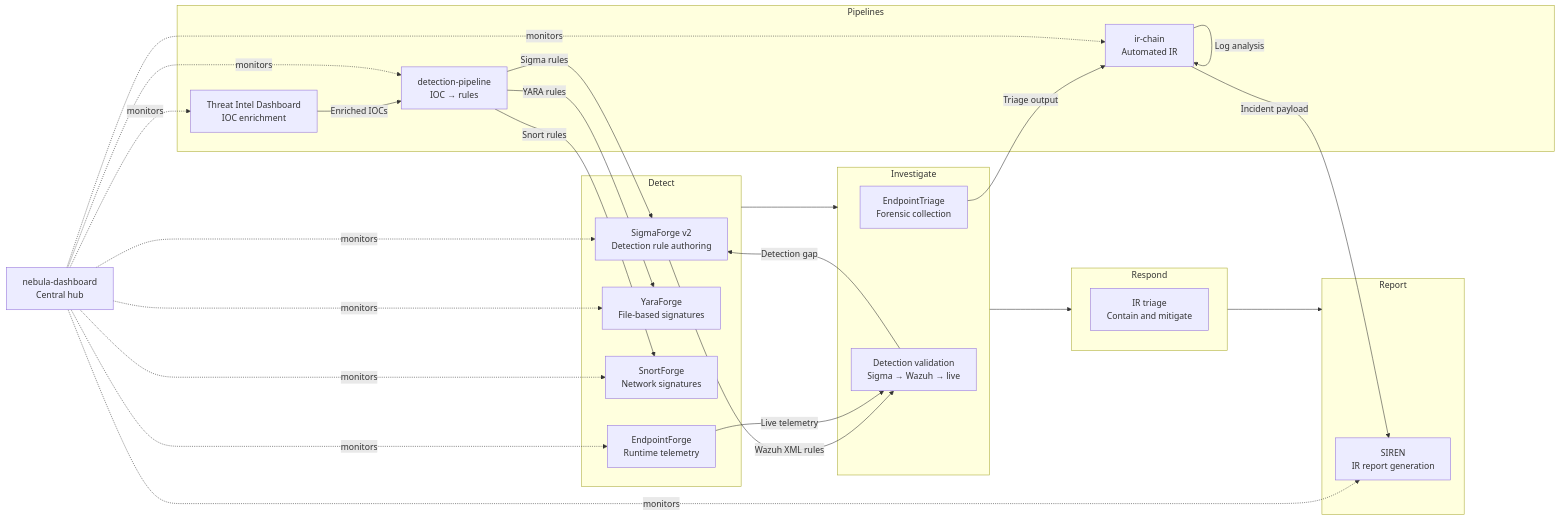
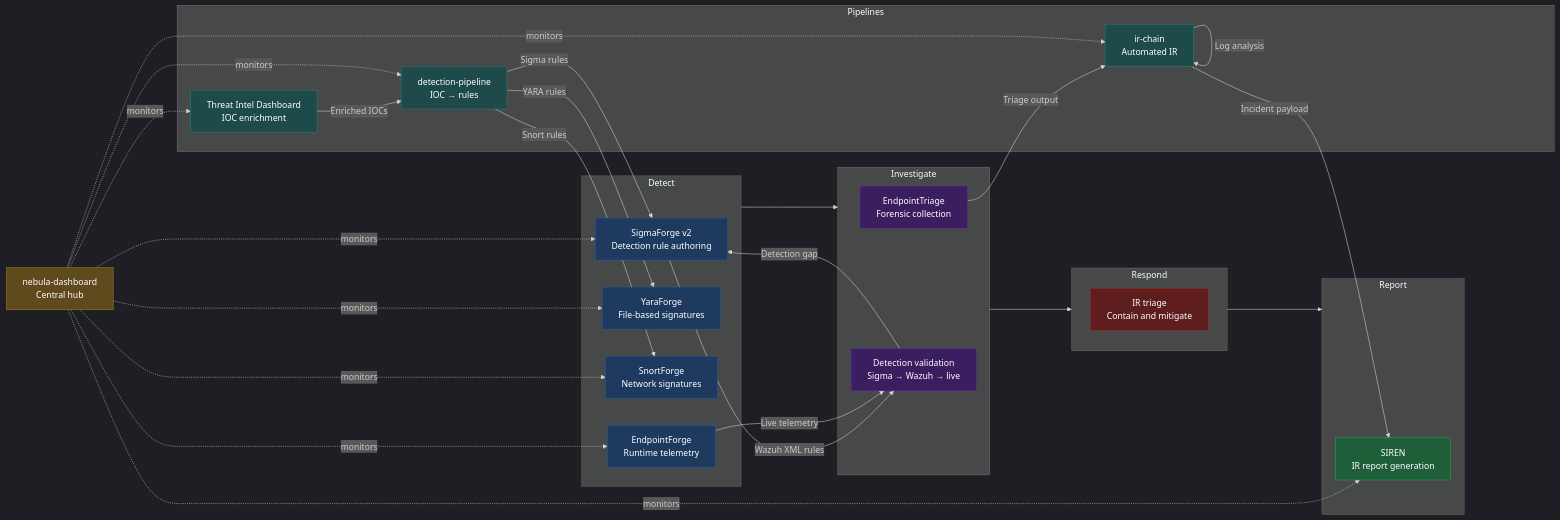
Before and after one commit to Rootless-Ghost/Nebula-Forge: the diagram in README.md, drawn with Mermaid.

````diff
--- a/README.md
+++ b/README.md
@@ -17,54 +17,69 @@
 ```mermaid
+%%{init: {'theme': 'dark'}}%%
 flowchart LR
     subgraph Detect
         SF[SigmaForge v2\nDetection rule authoring]
         YF[YaraForge\nFile-based signatures]
         SNF[SnortForge\nNetwork signatures]
         EF[EndpointForge\nRuntime telemetry]
     end
 
     subgraph Investigate
         ET[EndpointTriage\nForensic collection]
         DV[Detection validation\nSigma → Wazuh → live]
     end
 
     subgraph Respond
         IR[IR triage\nContain and mitigate]
     end
 
     subgraph Report
         SR[SIREN\nIR report generation]
     end
 
     subgraph Pipelines
         TI[Threat Intel Dashboard\nIOC enrichment]
         DP[detection-pipeline\nIOC → rules]
         IC[ir-chain\nAutomated IR]
     end
 
     ND[nebula-dashboard\nCentral hub]
 
     Detect --> Investigate --> Respond --> Report
 
     SF -->|Wazuh XML rules| DV
     EF -->|Live telemetry| DV
     DV -->|Detection gap| SF
 
     TI -->|Enriched IOCs| DP
     DP -->|Sigma rules| SF
     DP -->|YARA rules| YF
     DP -->|Snort rules| SNF
 
     ET -->|Triage output| IC
     IC -->|Log analysis| IC
     IC -->|Incident payload| SR
 
     ND -.->|monitors| SF
     ND -.->|monitors| YF
     ND -.->|monitors| SNF
     ND -.->|monitors| EF
     ND -.->|monitors| TI
     ND -.->|monitors| SR
     ND -.->|monitors| DP
     ND -.->|monitors| IC
+
+    classDef detect     fill:#1e3a5f,stroke:#2a5a9f,color:#fff
+    classDef investigate fill:#3a1e5f,stroke:#5a2a9f,color:#fff
+    classDef respond    fill:#5f1e1e,stroke:#9f2a2a,color:#fff
+    classDef report     fill:#1e5f3a,stroke:#2a9f5a,color:#fff
+    classDef pipeline   fill:#1e4a4a,stroke:#2a7a7a,color:#fff
+    classDef hub        fill:#5f4a1e,stroke:#9f7a2a,color:#fff
+
+    class SF,YF,SNF,EF detect
+    class ET,DV investigate
+    class IR respond
+    class SR report
+    class TI,DP,IC pipeline
+    class ND hub
 ```
````
